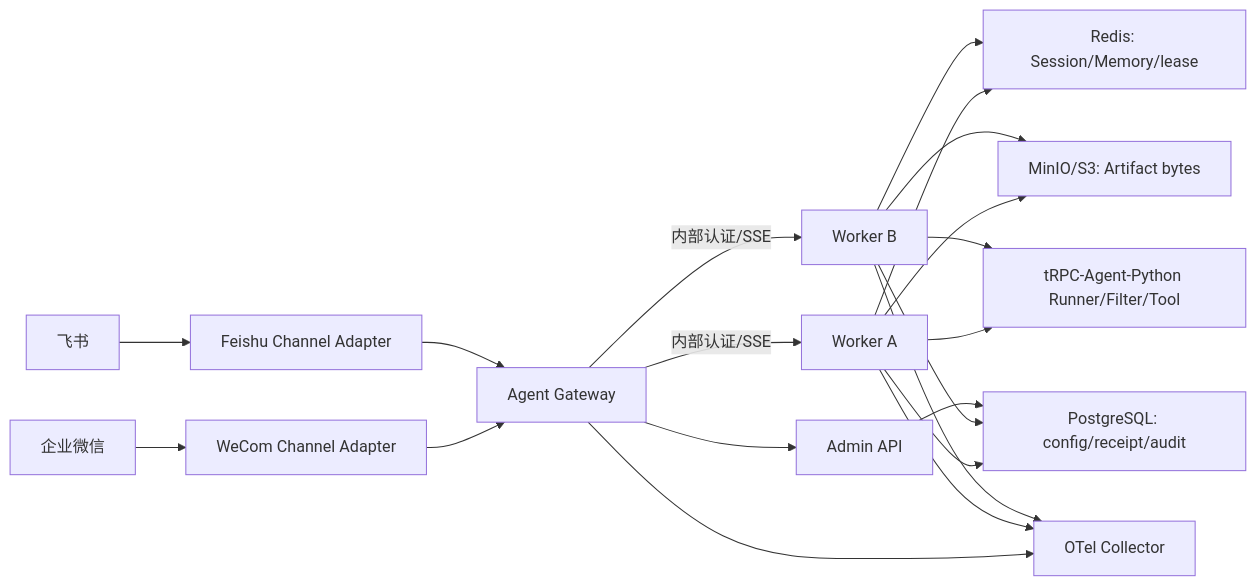
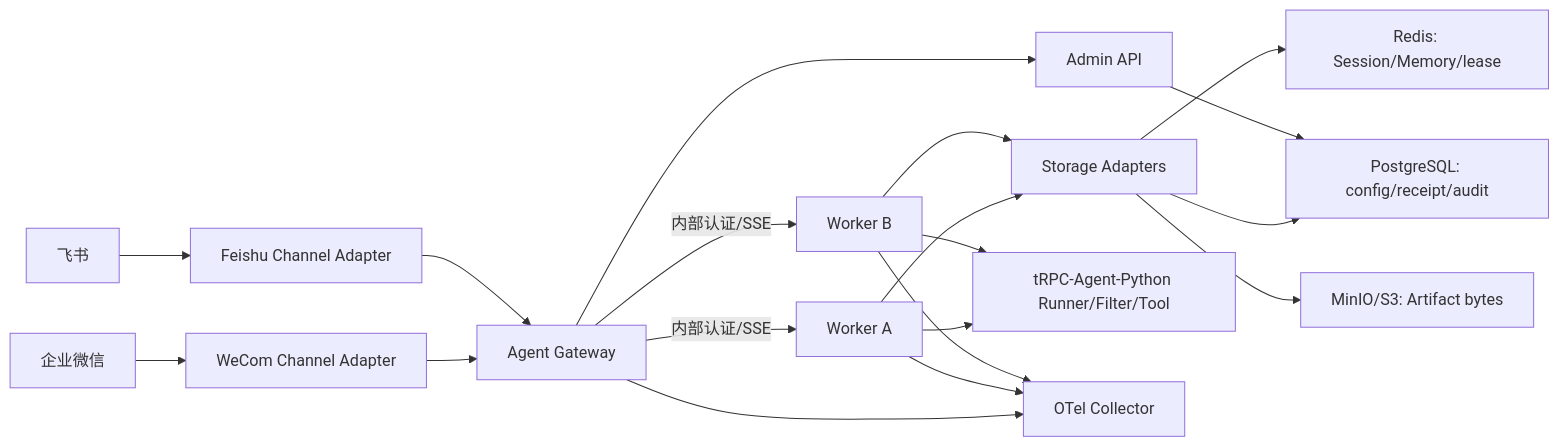
Before and after one commit to guocfu/trpc-agent-service: the first of 2 diagrams in docs/architecture.md, drawn with Mermaid. The commit also changed other lines of this file and 8 other files, not shown here.

Commit message:
docs: align delivery artifacts with implemented architecture

````diff
--- a/docs/architecture.md
+++ b/docs/architecture.md
@@ -5,15 +5,16 @@
 ```mermaid
 flowchart LR
   W[企业微信] --> CA[WeCom Channel Adapter]
   F[飞书] --> CA2[Feishu Channel Adapter]
   CA & CA2 --> G[Agent Gateway]
   G -->|内部认证/SSE| WA[Worker A]
   G -->|内部认证/SSE| WB[Worker B]
   G --> A[Admin API]
-  WA & WB --> R[Redis: Session/Memory/lease]
-  WA & WB --> P[PostgreSQL: config/receipt/audit]
-  WA & WB --> S[MinIO/S3: Artifact bytes]
+  WA & WB --> SA[Storage Adapters]
+  SA --> R[Redis: Session/Memory/lease]
+  SA --> P[PostgreSQL: config/receipt/audit]
+  SA --> S[MinIO/S3: Artifact bytes]
   WA & WB --> SDK[tRPC-Agent-Python Runner/Filter/Tool]
   G & WA & WB --> O[OTel Collector]
   A --> P
 ```
````
